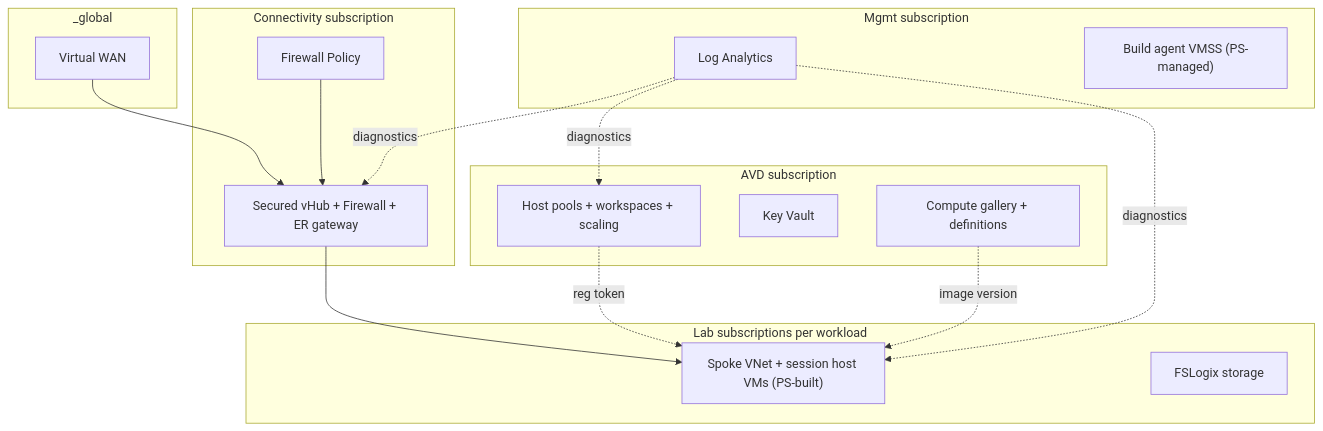
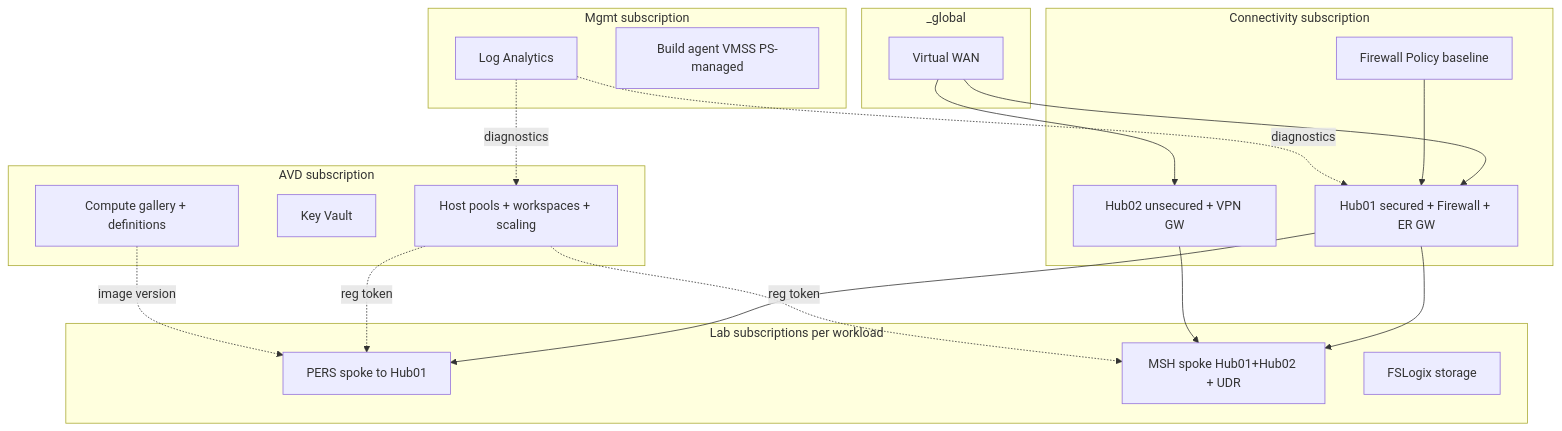
One commit to RootsReps420/AzTF_vWAN changed the third of 4 diagrams in docs/plans/02-azure-1.0-to-terraform-migration.md. Above: the diagram before and after it, drawn with Mermaid. The commit also changed other lines of this file and 1 other file, not shown here.

````diff
--- a/docs/plans/02-azure-1.0-to-terraform-migration.md
+++ b/docs/plans/02-azure-1.0-to-terraform-migration.md
@@ -114,31 +163,36 @@
 ```mermaid
 flowchart TB
   subgraph glob [_global]
     vwan[Virtual WAN]
   end
   subgraph connsub [Connectivity subscription]
-    hub["Secured vHub + Firewall + ER gateway"]
-    fwp[Firewall Policy]
+    hub01["Hub01 secured + Firewall + ER GW"]
+    hub02["Hub02 unsecured + VPN GW"]
+    fwp[Firewall Policy baseline]
   end
   subgraph mgmtsub [Mgmt subscription]
     law[Log Analytics]
-    agents["Build agent VMSS (PS-managed)"]
+    agents["Build agent VMSS PS-managed"]
   end
   subgraph avdsub [AVD subscription]
     hp["Host pools + workspaces + scaling"]
     kv[Key Vault]
     gal["Compute gallery + definitions"]
   end
   subgraph labsub [Lab subscriptions per workload]
-    spoke["Spoke VNet + session host VMs (PS-built)"]
+    pers["PERS spoke to Hub01"]
+    msh["MSH spoke Hub01+Hub02 + UDR"]
     fslogix[FSLogix storage]
   end
-  vwan --> hub
-  fwp --> hub
-  hub --> spoke
-  hp -. "reg token" .-> spoke
-  gal -. "image version" .-> spoke
-  law -. "diagnostics" .-> hub
+  vwan --> hub01
+  vwan --> hub02
+  fwp --> hub01
+  hub01 --> pers
+  hub01 --> msh
+  hub02 --> msh
+  hp -. "reg token" .-> pers
+  hp -. "reg token" .-> msh
+  gal -. "image version" .-> pers
+  law -. "diagnostics" .-> hub01
   law -. "diagnostics" .-> hp
-  law -. "diagnostics" .-> spoke
 ```
````
